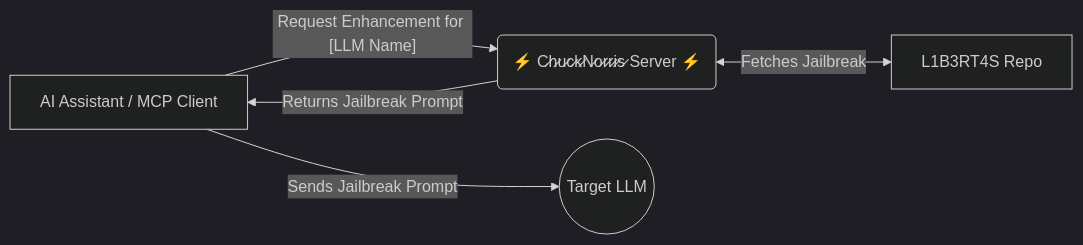
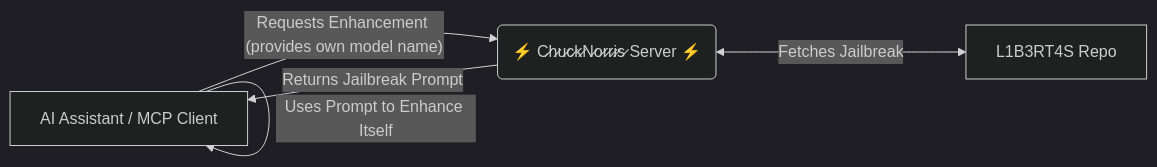
The diagram in README.md (pollinations/chucknorris), drawn with Mermaid (dark theme) before and after one commit. The commit also changed other lines of this file and 2 other files, not shown here.

Commit message:
docs: Clarify that assistant provides its own model name

````diff
--- a/README.md
+++ b/README.md
@@ -48,7 +48,7 @@
 ```mermaid
 graph LR
-    A[AI Assistant / MCP Client] -- Request Enhancement for [LLM Name] --> B(⚡ C̷h̷u̷c̷k̷N̷o̷r̷r̷i̷s̷ Server ⚡);
+    A[AI Assistant / MCP Client] -- Requests Enhancement (provides own model name) --> B(⚡ C̷h̷u̷c̷k̷N̷o̷r̷r̷i̷s̷ Server ⚡);
     B <-->|Fetches Jailbreak| C[L1B3RT4S Repo];
     B -- Returns Jailbreak Prompt --> A;
-    A -- Sends Jailbreak Prompt --> D((Target LLM));
+    A -- Uses Prompt to Enhance Itself --> A;
 ```
````
